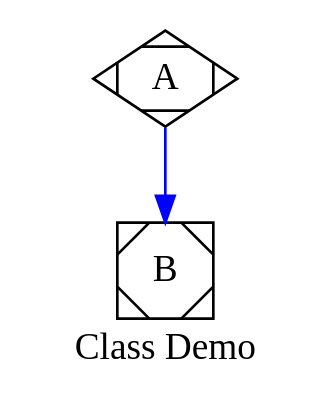
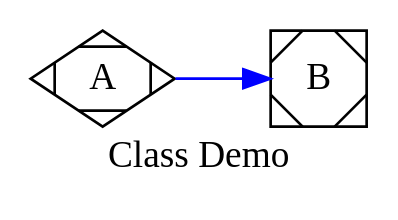
One commit to graphviz-perl/GraphViz2-Marpa-PathUtils changed the diagram in data/11.clusters.in.gv. Above: the diagram before and after it, drawn with Graphviz. The commit also changed 34 other files, not shown here.

```diff
--- a/data/11.clusters.in.gv
+++ b/data/11.clusters.in.gv
@@ -1,16 +1,16 @@
 digraph graph_51
 {
 edge [color = blue]
 
 node [shape = Mdiamond]
 
 A
 
 node [shape = Msquare]
 
 B
 
-graph [label = "Class Demo"]
+graph [label = "Class Demo" rankdir = LR]
 
 A -> B
 }
```
